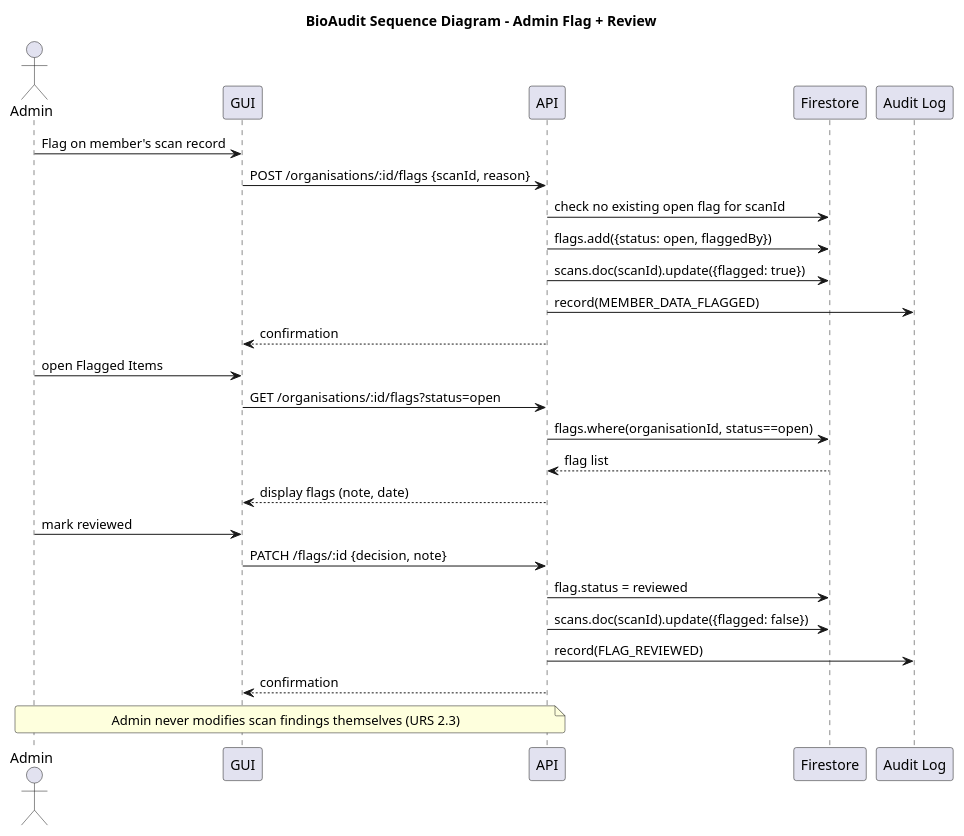
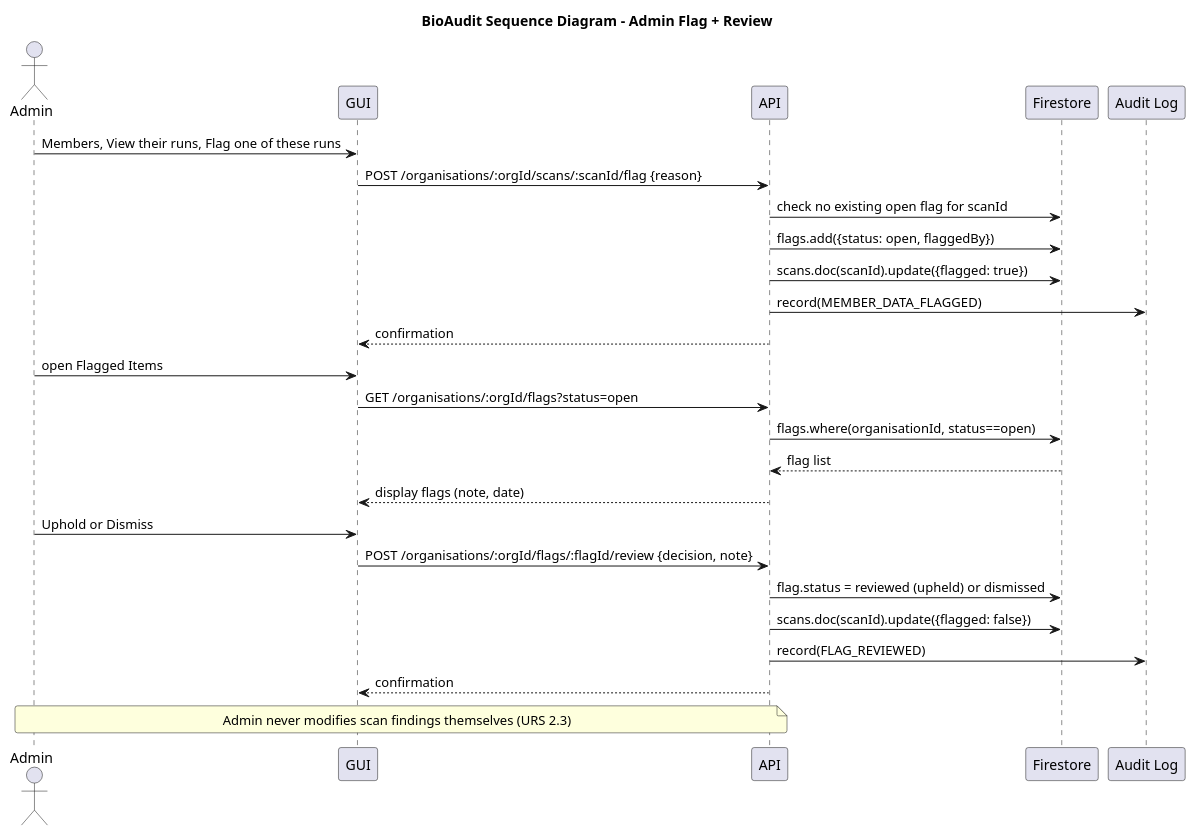
Before and after one commit to FYP-UOW-2026/Final_Year_Project: the sixth of 7 diagrams in backend/docs/TDM-sequence-diagrams-plantuml.md, drawn with PlantUML. The commit also changed other lines of this file and 9 other files, not shown here.

````diff
--- a/backend/docs/TDM-sequence-diagrams-plantuml.md
+++ b/backend/docs/TDM-sequence-diagrams-plantuml.md
@@ -222,43 +220,43 @@
 ```plantuml
 @startuml
 title BioAudit Sequence Diagram - Admin Flag + Review
 
 skinparam roundCorner 5
 skinparam ParticipantBorderColor #181818
 skinparam ParticipantBorderThickness 0.5
 skinparam ParticipantFontColor #000000
 skinparam ParticipantFontSize 14
 skinparam ActorBorderColor #181818
 skinparam ActorFontColor #000000
 skinparam ActorFontSize 14
 skinparam SequenceLifeLineBorderColor #181818
 skinparam SequenceLifeLineBorderThickness 0.5
 
 actor Admin
 participant GUI
 participant API
 participant Firestore
 participant "Audit Log" as AuditLog
 
-Admin -> GUI: Flag on member's scan record
-GUI -> API: POST /organisations/:id/flags {scanId, reason}
+Admin -> GUI: Members, View their runs, Flag one of these runs
+GUI -> API: POST /organisations/:orgId/scans/:scanId/flag {reason}
 API -> Firestore: check no existing open flag for scanId
 API -> Firestore: flags.add({status: open, flaggedBy})
 API -> Firestore: scans.doc(scanId).update({flagged: true})
 API -> AuditLog: record(MEMBER_DATA_FLAGGED)
 API --> GUI: confirmation
 
 Admin -> GUI: open Flagged Items
-GUI -> API: GET /organisations/:id/flags?status=open
+GUI -> API: GET /organisations/:orgId/flags?status=open
 API -> Firestore: flags.where(organisationId, status==open)
 Firestore --> API: flag list
 API --> GUI: display flags (note, date)
-Admin -> GUI: mark reviewed
-GUI -> API: PATCH /flags/:id {decision, note}
-API -> Firestore: flag.status = reviewed
+Admin -> GUI: Uphold or Dismiss
+GUI -> API: POST /organisations/:orgId/flags/:flagId/review {decision, note}
+API -> Firestore: flag.status = reviewed (upheld) or dismissed
 API -> Firestore: scans.doc(scanId).update({flagged: false})
 API -> AuditLog: record(FLAG_REVIEWED)
 API --> GUI: confirmation
 note over Admin, API: Admin never modifies scan findings themselves (URS 2.3)
 @enduml
 ```
````
